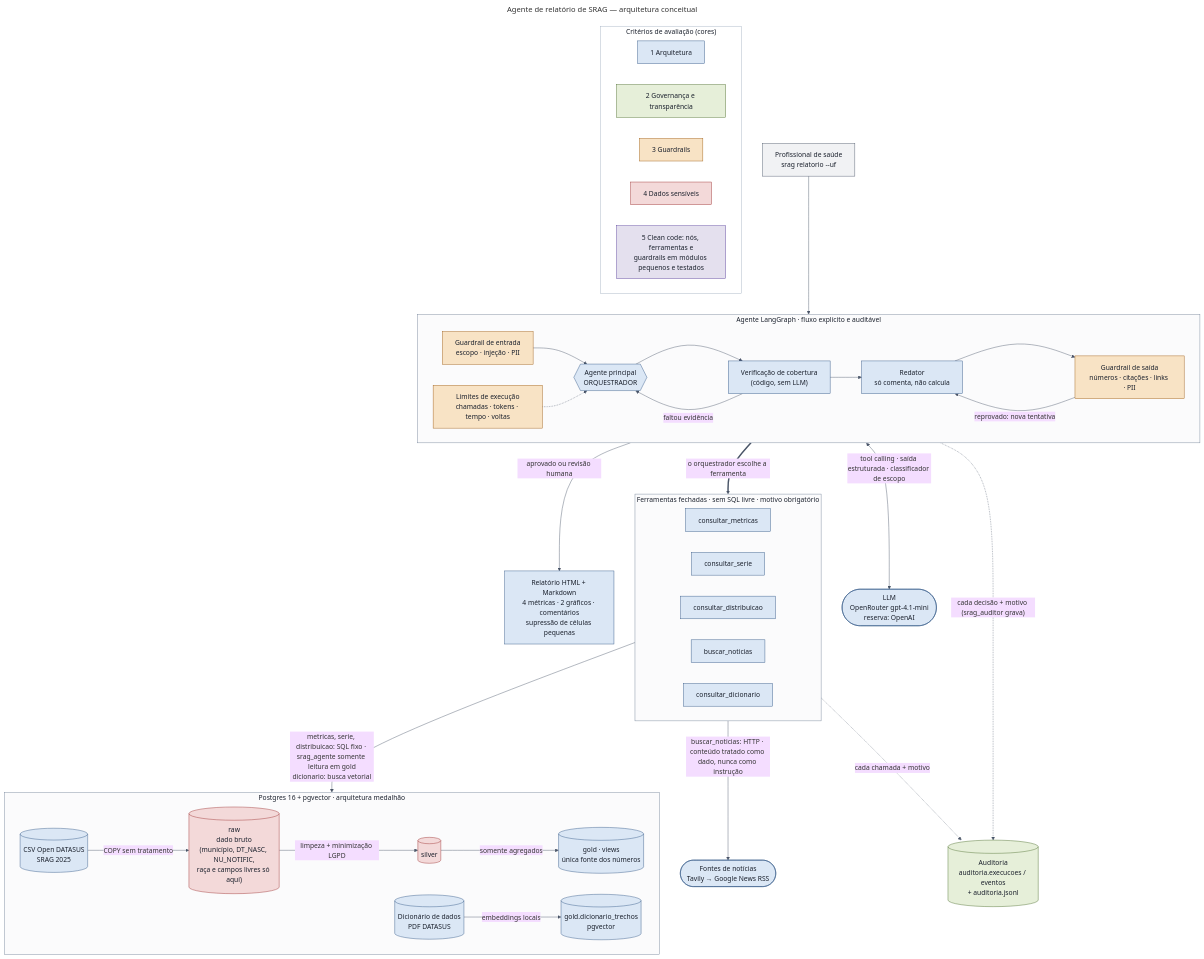
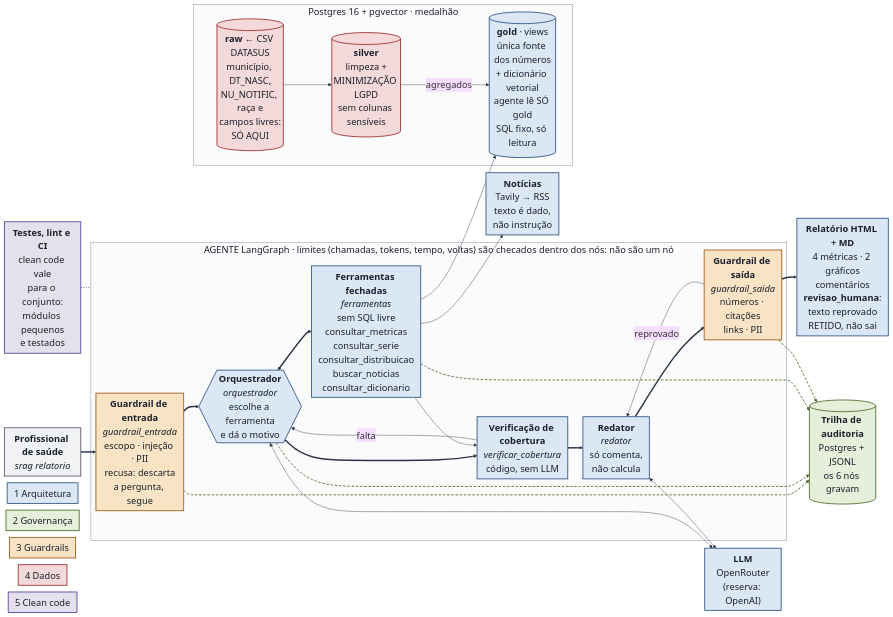
One commit to Breno-Teodomiro/agente-relatorio-srag-publico changed the diagram in docs/arquitetura.mmd. Above: the diagram before and after it, drawn with Mermaid. The commit also changed 2 other files, not shown here.

Commit message:
docs: diagrama de arquitetura em A4 paisagem, fiel ao grafo do código

```diff
--- a/docs/arquitetura.mmd
+++ b/docs/arquitetura.mmd
@@ -1,85 +1,91 @@
 ---
-title: Agente de relatório de SRAG — arquitetura conceitual
 config:
   theme: base
   themeVariables:
-    fontSize: 16px
-    lineColor: "#4a5568"
+    fontSize: 22px
+    lineColor: "#2d3748"
+  flowchart:
+    nodeSpacing: 16
+    rankSpacing: 24
+    padding: 8
+    curve: basis
+    wrappingWidth: 150
 ---
-flowchart TB
-  subgraph AGENTE["Agente LangGraph · fluxo explícito e auditável"]
-    direction LR
-    GE["Guardrail de entrada<br/>escopo · injeção · PII"]
-    ORQ{{"Agente principal<br/>ORQUESTRADOR"}}
-    COB["Verificação de cobertura<br/>(código, sem LLM)"]
-    RED["Redator<br/>só comenta, não calcula"]
-    GS["Guardrail de saída<br/>números · citações · links · PII"]
-    LIM["Limites de execução<br/>chamadas · tokens · tempo · voltas"]
+flowchart LR
+  U["<b>Profissional de saúde</b><br/><i>srag relatorio</i>"]
+
+  LLM["<b>LLM</b><br/>OpenRouter<br/>(reserva: OpenAI)"]
+  NEWS["<b>Notícias</b><br/>Tavily → RSS<br/>texto é dado,<br/>não instrução"]
+
+  subgraph AGENTE["AGENTE LangGraph · limites (chamadas, tokens, tempo, voltas) são checados dentro dos nós: não são um nó"]
+    GE["<b>Guardrail de entrada</b><br/><i>guardrail_entrada</i><br/>escopo · injeção · PII<br/>recusa: descarta<br/>a pergunta, segue"]
+    ORQ{{"<b>Orquestrador</b><br/><i>orquestrador</i><br/>escolhe a ferramenta<br/>e dá o motivo"}}
+    FER["<b>Ferramentas fechadas</b><br/><i>ferramentas</i><br/>sem SQL livre<br/>consultar_metricas<br/>consultar_serie<br/>consultar_distribuicao<br/>buscar_noticias<br/>consultar_dicionario"]
+    COB["<b>Verificação de cobertura</b><br/><i>verificar_cobertura</i><br/>código, sem LLM"]
+    RED["<b>Redator</b><br/><i>redator</i><br/>só comenta,<br/>não calcula"]
+    GS["<b>Guardrail de saída</b><br/><i>guardrail_saida</i><br/>números · citações<br/>links · PII"]
   end
 
-  subgraph TOOLS["Ferramentas fechadas · sem SQL livre · motivo obrigatório"]
-    direction LR
-    T1["consultar_metricas"]
-    T2["consultar_serie"]
-    T3["consultar_distribuicao"]
-    T4["buscar_noticias"]
-    T5["consultar_dicionario"]
+  REL["<b>Relatório HTML + MD</b><br/>4 métricas · 2 gráficos<br/>comentários<br/><b>revisao_humana</b>:<br/>texto reprovado<br/>RETIDO, não sai"]
+
+  subgraph DADOS["Postgres 16 + pgvector · medalhão"]
+    RAW[("<b>raw</b> ← CSV DATASUS<br/>município, DT_NASC,<br/>NU_NOTIFIC, raça e<br/>campos livres:<br/>SÓ AQUI")]
+    SILVER[("<b>silver</b><br/>limpeza +<br/>MINIMIZAÇÃO LGPD<br/>sem colunas sensíveis")]
+    GOLD[("<b>gold</b> · views<br/>única fonte dos números<br/>+ dicionário vetorial<br/>agente lê SÓ gold<br/>SQL fixo, só leitura")]
   end
 
-  LLM(["LLM<br/>OpenRouter gpt-4.1-mini<br/>reserva: OpenAI"])
-  NEWS(["Fontes de notícias<br/>Tavily → Google News RSS"])
+  AUD[("<b>Trilha de auditoria</b><br/>Postgres + JSONL<br/>os 6 nós gravam")]
+  CI["<b>Testes, lint e CI</b><br/>clean code vale<br/>para o conjunto:<br/>módulos pequenos<br/>e testados"]
 
-  subgraph DADOS["Postgres 16 + pgvector · arquitetura medalhão"]
-    direction LR
-    CSV[("CSV Open DATASUS<br/>SRAG 2025")] -->|"COPY sem tratamento"| RAW[("raw<br/>dado bruto<br/>(município, DT_NASC, NU_NOTIFIC,<br/>raça e campos livres só aqui)")]
-    RAW -->|"limpeza + minimização LGPD"| SILVER[("silver")]
-    SILVER -->|"somente agregados"| GOLD[("gold · views<br/>única fonte dos números")]
-    DIC[("Dicionário de dados<br/>PDF DATASUS")] -->|"embeddings locais"| VET[("gold.dicionario_trechos<br/>pgvector")]
-  end
 
-  AUD[("Auditoria<br/>auditoria.execucoes / eventos<br/>+ auditoria.jsonl")]
-  REL["Relatório HTML + Markdown<br/>4 métricas · 2 gráficos · comentários<br/>supressão de células pequenas"]
+  U ==> GE ==> ORQ
+  ORQ <==> FER
+  ORQ ==> COB
+  FER --> COB
+  COB -->|"falta"| ORQ
+  COB ==> RED ==> GS
+  GS -->|"reprovado"| RED
+  GS ==> REL
 
-  U["Profissional de saúde<br/>srag relatorio --uf"]
-  GE --> ORQ
-  LIM -.-> ORQ
-  ORQ --> COB
-  COB -->|"faltou evidência"| ORQ
-  COB --> RED --> GS
-  GS -->|"reprovado: nova tentativa"| RED
+  ORQ <--> LLM
+  RED <--> LLM
+  FER --> NEWS
+  FER --> GOLD
+  RAW --> SILVER -->|"agregados"| GOLD
 
-  U --> AGENTE
-  AGENTE -->|"aprovado ou revisão humana"| REL
-  AGENTE ==>|"o orquestrador escolhe a ferramenta"| TOOLS
-  AGENTE <-->|"tool calling · saída estruturada · classificador de escopo"| LLM
-  TOOLS -->|"metricas, serie, distribuicao: SQL fixo · srag_agente somente leitura em gold<br/>dicionario: busca vetorial"| DADOS
-  TOOLS -->|"buscar_noticias: HTTP · conteúdo tratado como dado, nunca como instrução"| NEWS
-  AGENTE -.->|"cada decisão + motivo (srag_auditor grava)"| AUD
-  TOOLS -.->|"cada chamada + motivo"| AUD
+  GE -.-> AUD
+  ORQ -.-> AUD
+  FER -.-> AUD
+  GS -.-> AUD
+  CI -.- AGENTE
 
-  subgraph LEG["Critérios de avaliação (cores)"]
-    direction LR
-    L1["1 Arquitetura"]
-    L2["2 Governança e transparência"]
-    L3["3 Guardrails"]
-    L4["4 Dados sensíveis"]
-    L5["5 Clean code: nós, ferramentas e<br/>guardrails em módulos pequenos e testados"]
-  end
+  L1["1 Arquitetura"]
+  L2["2 Governança"]
+  L3["3 Guardrails"]
+  L4["4 Dados"]
+  L5["5 Clean code"]
 
-  classDef arq fill:#dbe7f5,stroke:#2c5282,color:#1a202c
-  classDef gov fill:#e6efd9,stroke:#4a6b2a,color:#1a202c
-  classDef gua fill:#f8e3c5,stroke:#9c5a10,color:#1a202c
-  classDef sen fill:#f3d9d9,stroke:#9b2c2c,color:#1a202c
-  classDef cln fill:#e4e0ee,stroke:#553c9a,color:#1a202c
-  classDef neu fill:#f1f2f4,stroke:#4a5568,color:#1a202c
+  classDef arq fill:#dbe7f5,stroke:#2c5282,color:#1a202c,stroke-width:2px
+  classDef gov fill:#e6efd9,stroke:#4a6b2a,color:#1a202c,stroke-width:2px
+  classDef gua fill:#f8e3c5,stroke:#9c5a10,color:#1a202c,stroke-width:2px
+  classDef sen fill:#f3d9d9,stroke:#9b2c2c,color:#1a202c,stroke-width:2px
+  classDef cln fill:#e4e0ee,stroke:#553c9a,color:#1a202c,stroke-width:2px
+  classDef neu fill:#f1f2f4,stroke:#4a5568,color:#1a202c,stroke-width:2px
 
-  class ORQ,T1,T2,T3,T4,T5,COB,RED,LLM,NEWS,GOLD,VET,CSV,DIC,REL,L1 arq
-  class AUD,L2 gov
-  class GE,GS,LIM,L3 gua
-  class RAW,SILVER,L4 sen
+  class L1 arq
+  class L2 gov
+  class L3 gua
+  class L4 sen
   class L5 cln
+  class ORQ,FER,COB,RED,LLM,NEWS,GOLD,REL arq
+  class AUD gov
+  class GE,GS gua
+  class RAW,SILVER sen
+  class CI cln
   class U neu
   style DADOS fill:#fbfbfc,stroke:#718096,color:#1a202c
   style AGENTE fill:#fbfbfc,stroke:#718096,color:#1a202c
-  style TOOLS fill:#fbfbfc,stroke:#718096,color:#1a202c
-  style LEG fill:#ffffff,stroke:#a0aec0,color:#1a202c
+
+  %% setas 0-9 caminho principal; 16-19 auditoria; 20 clean code (ordem das ligações acima)
+  linkStyle 16,17,18,19 stroke:#4a6b2a,stroke-width:2px,stroke-dasharray:6 4
+  linkStyle 20 stroke:#553c9a,stroke-width:2px,stroke-dasharray:2 4
```
